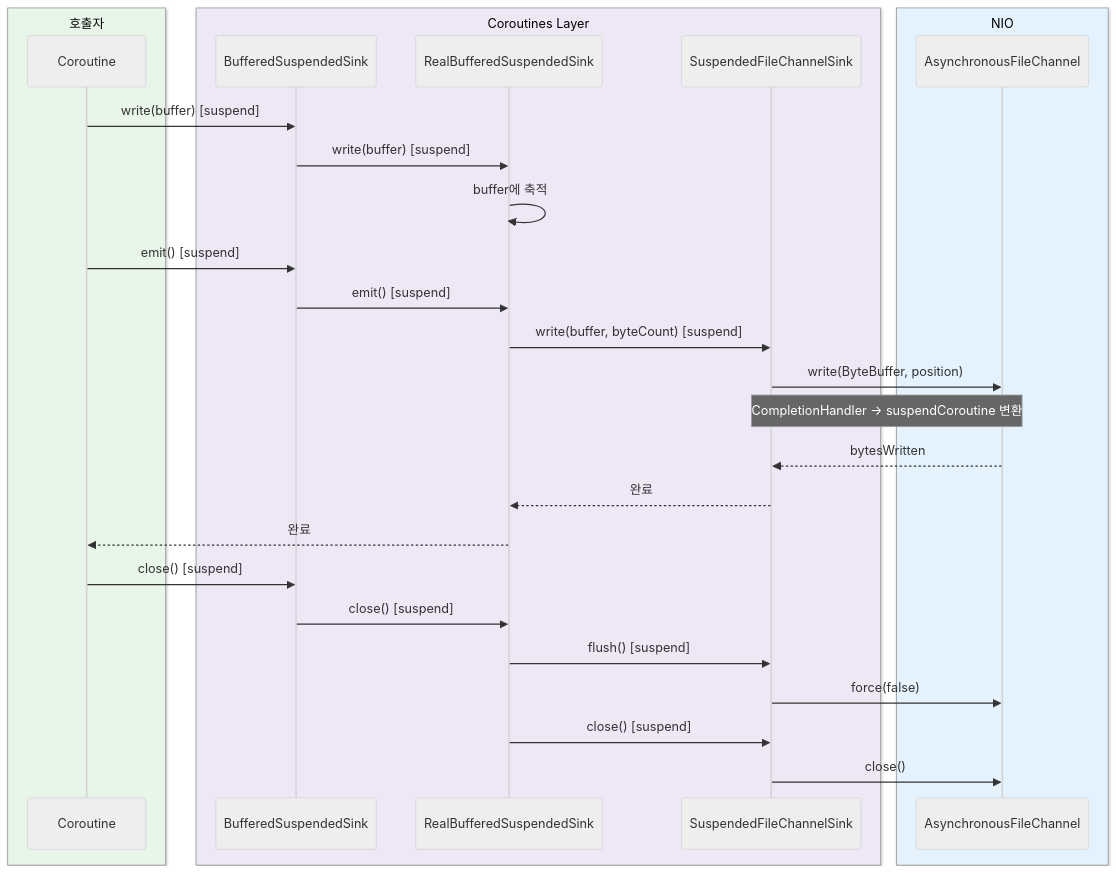
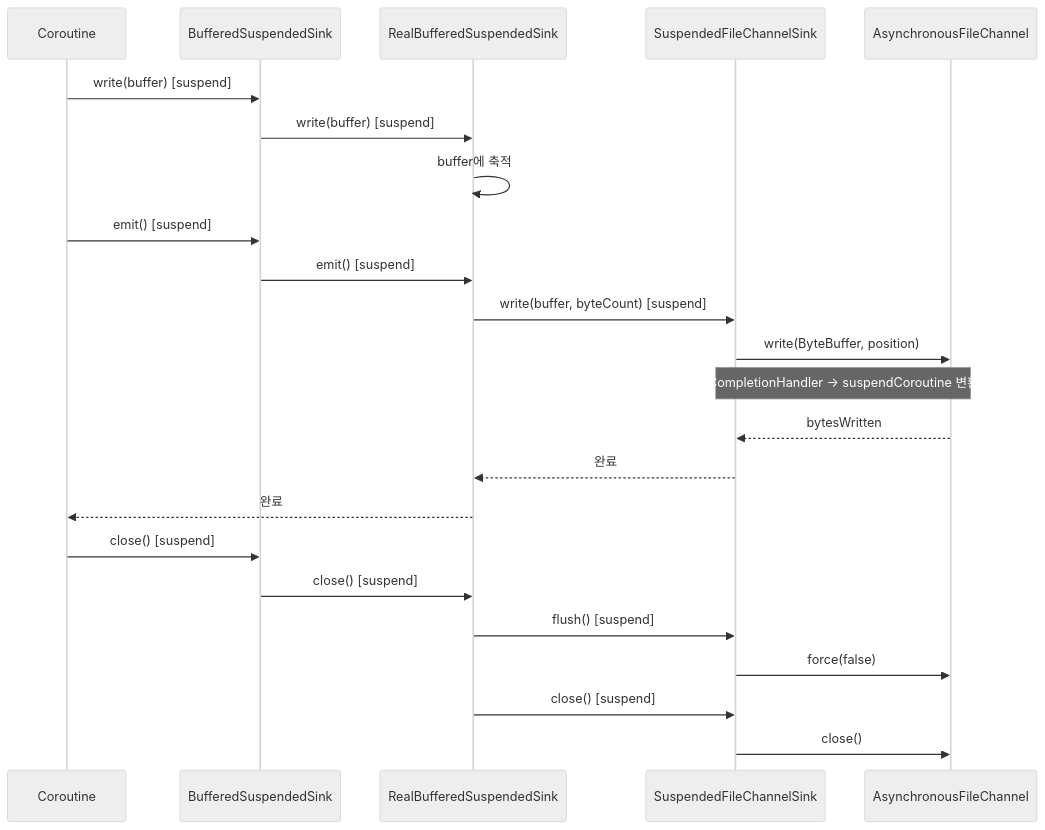
The ninth of 9 diagrams in io/okio/README.ko.md (bluetape4k/bluetape4k-projects), drawn with Mermaid (neutral theme) before and after one commit. The commit also changed other lines of this file and 219 other files, not shown here.

First line of the commit message:
docs: 전체 README Mermaid 다이어그램 가이드 적용

````diff
--- a/io/okio/README.ko.md
+++ b/io/okio/README.ko.md
@@ -701,33 +685,27 @@
 ```mermaid
 sequenceDiagram
-    box rgb(232, 245, 233) 호출자
         participant C as Coroutine
-    end
-    box rgb(237, 231, 246) Coroutines Layer
         participant BS as BufferedSuspendedSink
         participant RS as RealBufferedSuspendedSink
         participant FS as SuspendedFileChannelSink
-    end
-    box rgb(227, 242, 253) NIO
         participant CH as AsynchronousFileChannel
-    end
 
     C->>BS: write(buffer) [suspend]
     BS->>RS: write(buffer) [suspend]
     RS->>RS: buffer에 축적
     C->>BS: emit() [suspend]
     BS->>RS: emit() [suspend]
     RS->>FS: write(buffer, byteCount) [suspend]
     FS->>CH: write(ByteBuffer, position)
     Note over FS,CH: CompletionHandler → suspendCoroutine 변환
     CH-->>FS: bytesWritten
     FS-->>RS: 완료
     RS-->>C: 완료
 
     C->>BS: close() [suspend]
     BS->>RS: close() [suspend]
     RS->>FS: flush() [suspend]
     FS->>CH: force(false)
     RS->>FS: close() [suspend]
     FS->>CH: close()
 ```
````
